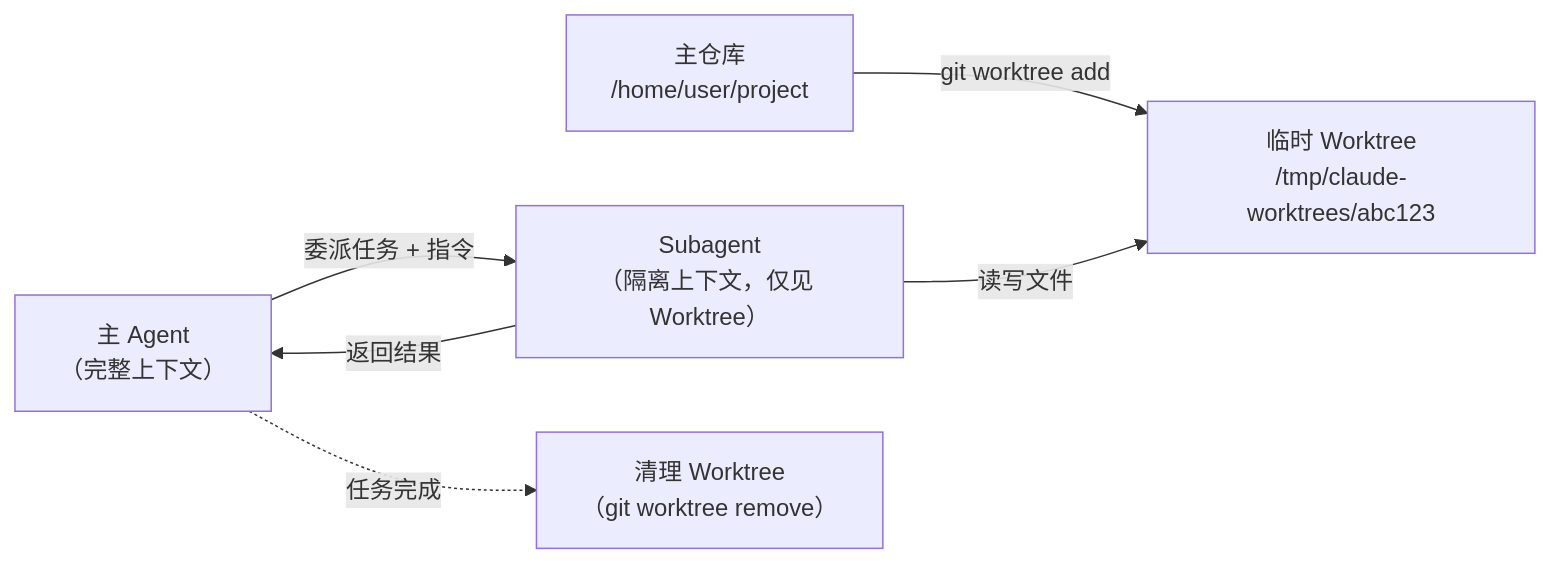
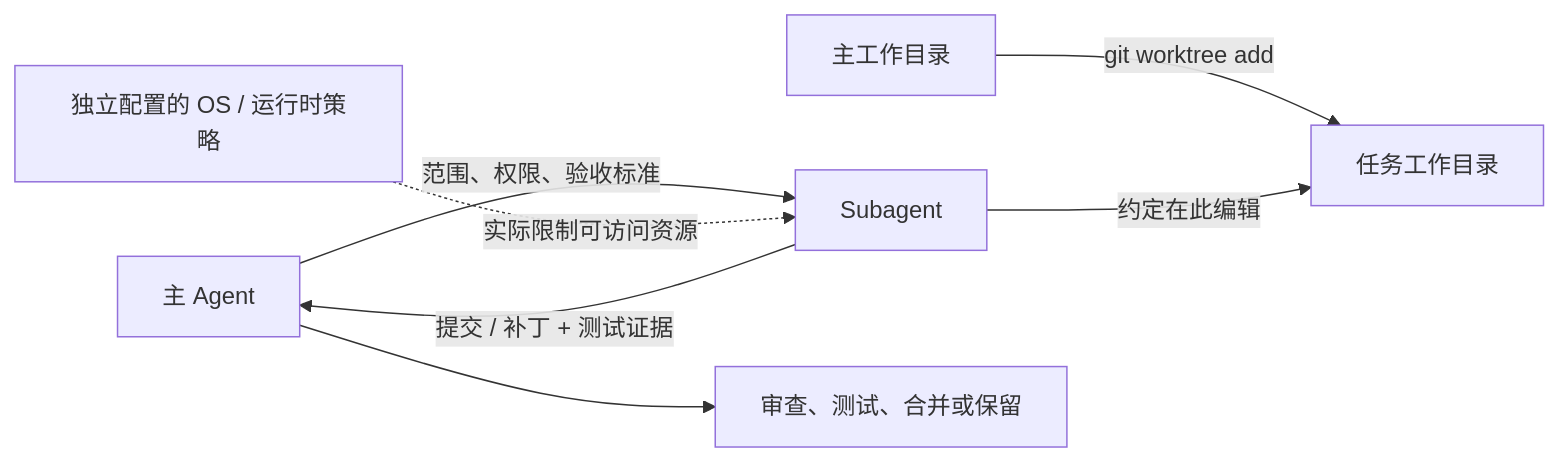
Before and after one commit to YangCazz/YangCazz.github.io: the second of 4 diagrams in _posts/2026-05-22-subagent-architecture-isolation.md, drawn with Mermaid. The commit also changed other lines of this file and 5 other files, not shown here.

````diff
--- a/_posts/2026-05-22-subagent-architecture-isolation.md
+++ b/_posts/2026-05-22-subagent-architecture-isolation.md
@@ -90,8 +77,9 @@
 ```mermaid
 flowchart LR
-    MainRepo["主仓库<br/>/home/user/project"] -->|"git worktree add"| Worktree["临时 Worktree<br/>/tmp/claude-worktrees/abc123"]
-    MainAgent["主 Agent<br/>（完整上下文）"] -->|"委派任务 + 指令"| SubAgent["Subagent<br/>（隔离上下文，仅见 Worktree）"]
-    SubAgent -->|"读写文件"| Worktree
-    SubAgent -->|"返回结果"| MainAgent
-    MainAgent -.->|"任务完成"| Cleanup["清理 Worktree<br/>（git worktree remove）"]
+    MainRepo["主工作目录"] -->|"git worktree add"| Worktree["任务工作目录"]
+    MainAgent["主 Agent"] -->|"范围、权限、验收标准"| SubAgent["Subagent"]
+    SubAgent -->|"约定在此编辑"| Worktree
+    SubAgent -->|"提交 / 补丁 + 测试证据"| MainAgent
+    MainAgent --> Review["审查、测试、合并或保留"]
+    Policy["独立配置的 OS / 运行时策略"] -.->|"实际限制可访问资源"| SubAgent
 ```
````
